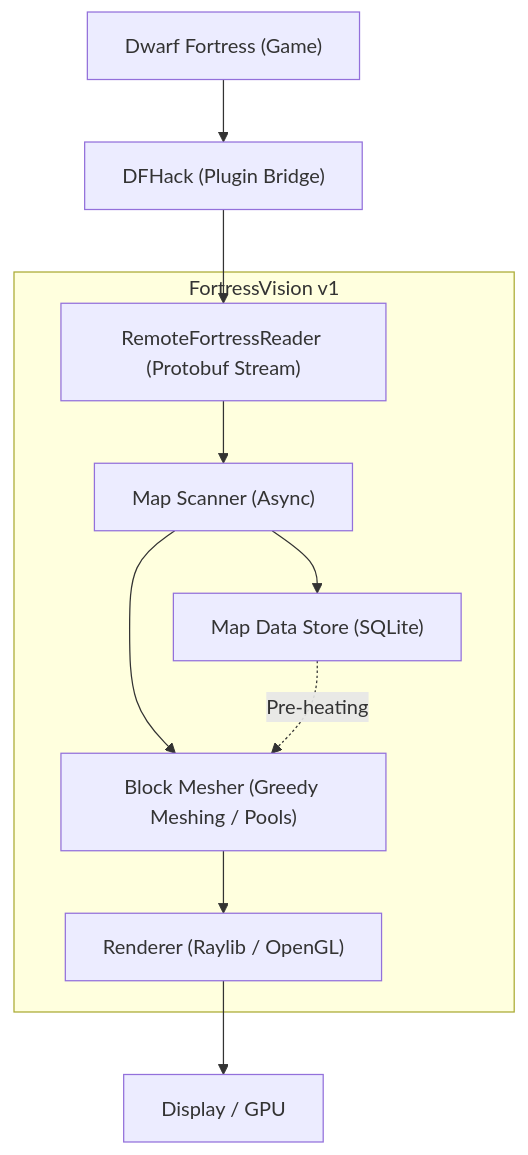
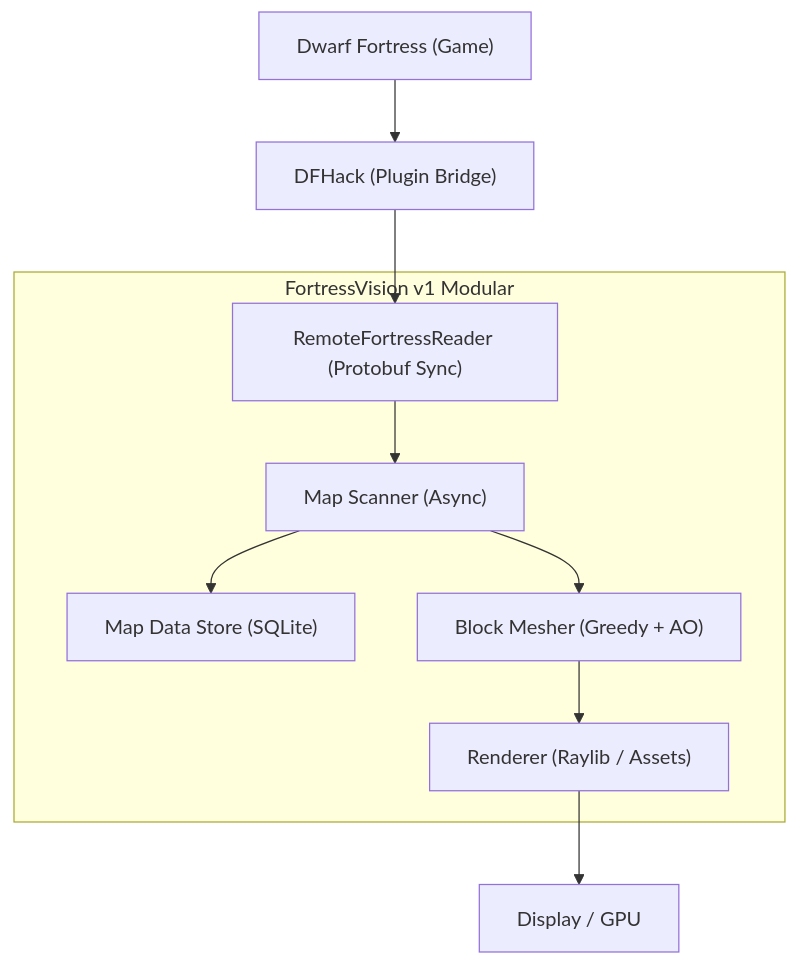
The diagram in README.md (jvkabum/FortressVision), drawn with Mermaid before and after one commit. The commit also changed other lines of this file and 4 other files, not shown here.

````diff
--- a/README.md
+++ b/README.md
@@ -11,15 +11,14 @@
 ```mermaid
 graph TD
     DF["Dwarf Fortress (Game)"] --> DFH["DFHack (Plugin Bridge)"]
-    DFH --> RFR["RemoteFortressReader (Protobuf Stream)"]
+    DFH --> RFR["RemoteFortressReader (Protobuf Sync)"]
     
-    subgraph FV [FortressVision v1]
+    subgraph FV [FortressVision v1 Modular]
         RFR --> Scanner["Map Scanner (Async)"]
         Scanner --> Store["Map Data Store (SQLite)"]
-        Scanner --> Mesher["Block Mesher (Greedy Meshing / Pools)"]
-        Store -.->|Pre-heating| Mesher
-        Mesher --> Renderer["Renderer (Raylib / OpenGL)"]
+        Scanner --> Mesher["Block Mesher (Greedy + AO)"]
+        Mesher --> Renderer["Renderer (Raylib / Assets)"]
     end
     
     Renderer --> Display["Display / GPU"]
 ```
````
